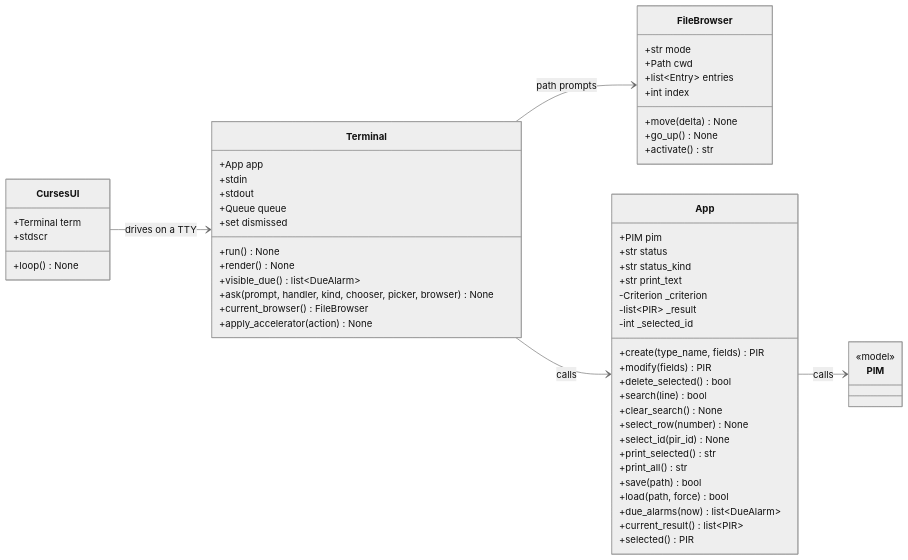
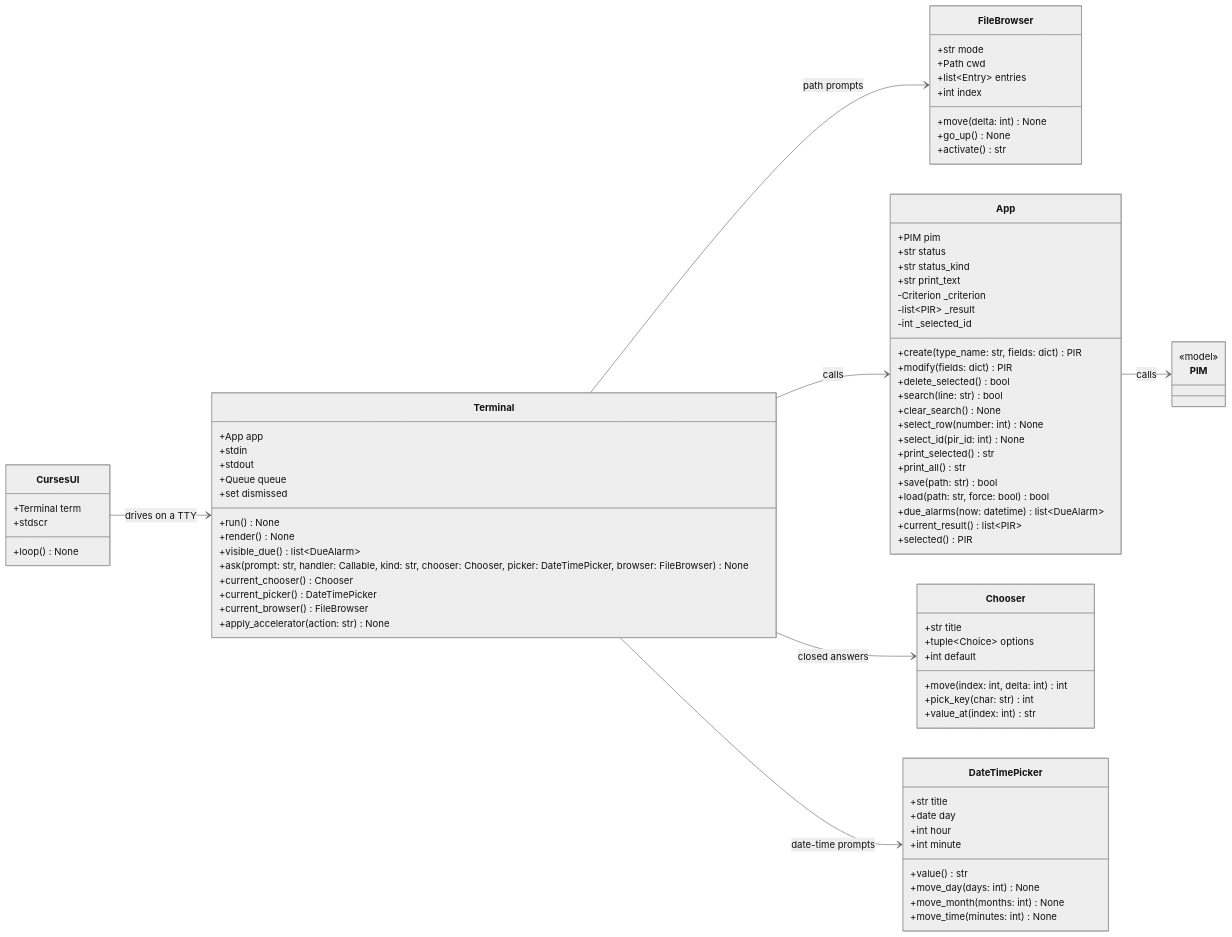
One commit to HaochenFa/PIM changed the diagram in docs/deliverables/diagrams/controller-view-classes.mmd. Above: the diagram before and after it, drawn with Mermaid (neutral theme). The commit also changed 3 other files, not shown here.

```diff
--- a/docs/deliverables/diagrams/controller-view-classes.mmd
+++ b/docs/deliverables/diagrams/controller-view-classes.mmd
@@ -1,59 +1,82 @@
+%%{init: {"markdownAutoWrap": false}}%%
 classDiagram
     direction LR
     class Terminal {
         +App app
         +stdin
         +stdout
         +Queue queue
         +set dismissed
         +run() None
         +render() None
         +visible_due() list~DueAlarm~
-        +ask(prompt, handler, kind, chooser, picker, browser) None
+        +ask(prompt: str, handler: Callable, kind: str, chooser: Chooser, picker: DateTimePicker, browser: FileBrowser) None
+        +current_chooser() Chooser
+        +current_picker() DateTimePicker
         +current_browser() FileBrowser
-        +apply_accelerator(action) None
+        +apply_accelerator(action: str) None
     }
     class CursesUI {
         +Terminal term
         +stdscr
         +loop() None
     }
     class FileBrowser {
         +str mode
         +Path cwd
         +list~Entry~ entries
         +int index
-        +move(delta) None
+        +move(delta: int) None
         +go_up() None
         +activate() str
     }
     class App {
         +PIM pim
         +str status
         +str status_kind
         +str print_text
         -Criterion _criterion
         -list~PIR~ _result
         -int _selected_id
-        +create(type_name, fields) PIR
-        +modify(fields) PIR
+        +create(type_name: str, fields: dict) PIR
+        +modify(fields: dict) PIR
         +delete_selected() bool
-        +search(line) bool
+        +search(line: str) bool
         +clear_search() None
-        +select_row(number) None
-        +select_id(pir_id) None
+        +select_row(number: int) None
+        +select_id(pir_id: int) None
         +print_selected() str
         +print_all() str
-        +save(path) bool
-        +load(path, force) bool
-        +due_alarms(now) list~DueAlarm~
+        +save(path: str) bool
+        +load(path: str, force: bool) bool
+        +due_alarms(now: datetime) list~DueAlarm~
         +current_result() list~PIR~
         +selected() PIR
+    }
+    class Chooser {
+        +str title
+        +tuple~Choice~ options
+        +int default
+        +move(index: int, delta: int) int
+        +pick_key(char: str) int
+        +value_at(index: int) str
+    }
+    class DateTimePicker {
+        +str title
+        +date day
+        +int hour
+        +int minute
+        +value() str
+        +move_day(days: int) None
+        +move_month(months: int) None
+        +move_time(minutes: int) None
     }
     class PIM {
         <<model>>
     }
     Terminal --> App : calls
     CursesUI --> Terminal : drives on a TTY
     Terminal --> FileBrowser : path prompts
+    Terminal --> Chooser : closed answers
+    Terminal --> DateTimePicker : date-time prompts
     App --> PIM : calls
```
